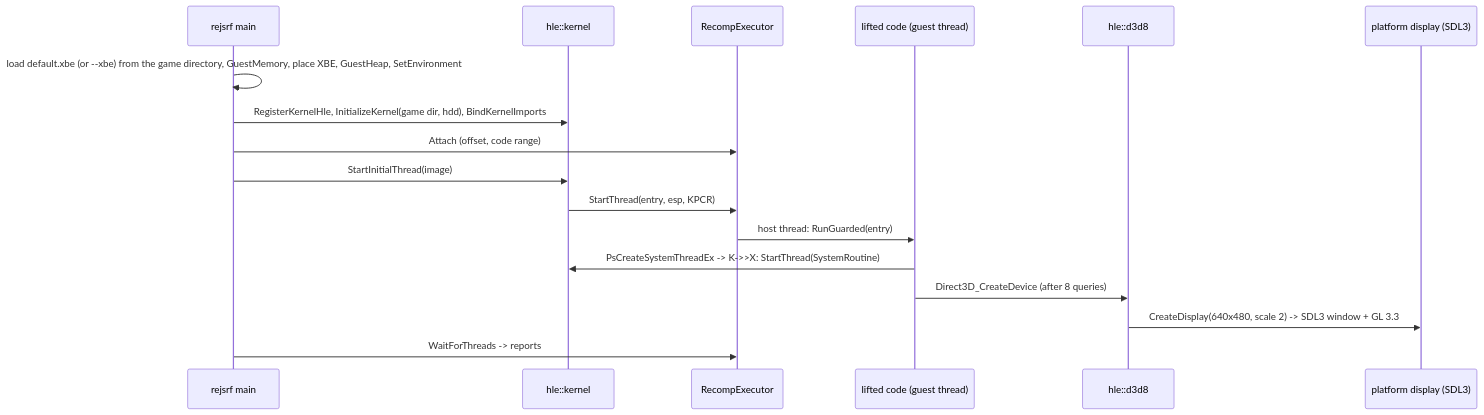
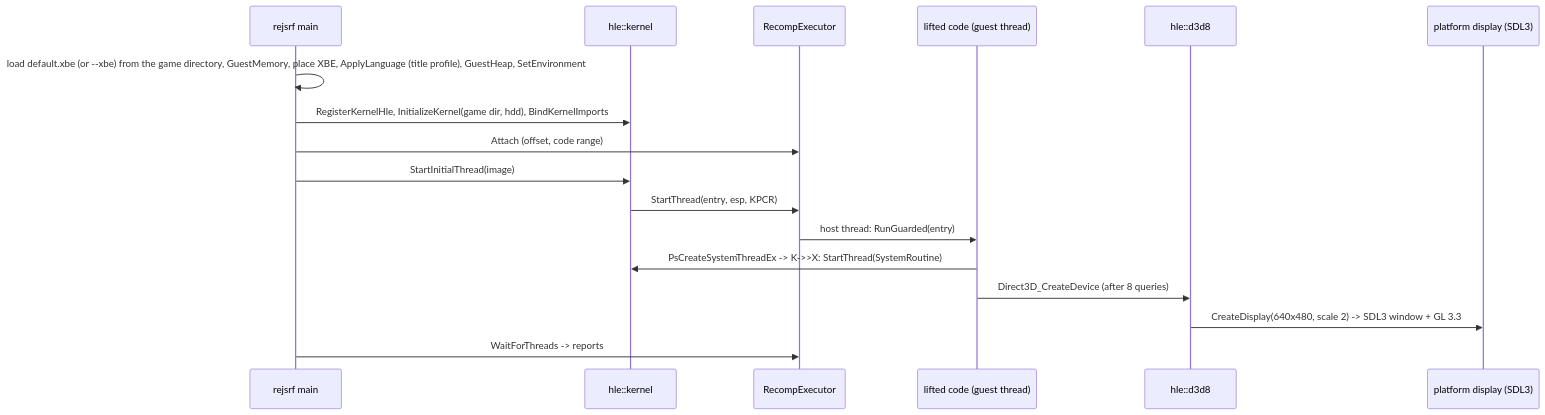
The third of 3 diagrams in ARCHITECTURE.md (nworkers/reJSRF), drawn with Mermaid before and after one commit. The commit also changed other lines of this file and 24 other files, not shown here.

Commit message:
v0.0.44: English/Japanese language setting in a new Game tab (#104)

````diff
--- a/ARCHITECTURE.md
+++ b/ARCHITECTURE.md
@@ -126,19 +126,19 @@
 ```mermaid
 sequenceDiagram
     participant App as rejsrf main
     participant K as hle::kernel
     participant X as RecompExecutor
     participant G as lifted code (guest thread)
     participant D3D as hle::d3d8
     participant P as platform display (SDL3)
-    App->>App: load default.xbe (or --xbe) from the game directory, GuestMemory, place XBE, GuestHeap, SetEnvironment
+    App->>App: load default.xbe (or --xbe) from the game directory, GuestMemory, place XBE, ApplyLanguage (title profile), GuestHeap, SetEnvironment
     App->>K: RegisterKernelHle, InitializeKernel(game dir, hdd), BindKernelImports
     App->>X: Attach (offset, code range)
     App->>K: StartInitialThread(image)
     K->>X: StartThread(entry, esp, KPCR)
     X->>G: host thread: RunGuarded(entry)
     G->>K: PsCreateSystemThreadEx -> K->>X: StartThread(SystemRoutine)
     G->>D3D: Direct3D_CreateDevice (after 8 queries)
     D3D->>P: CreateDisplay(640x480, scale 2) -> SDL3 window + GL 3.3
     App->>X: WaitForThreads -> reports
 ```
````
